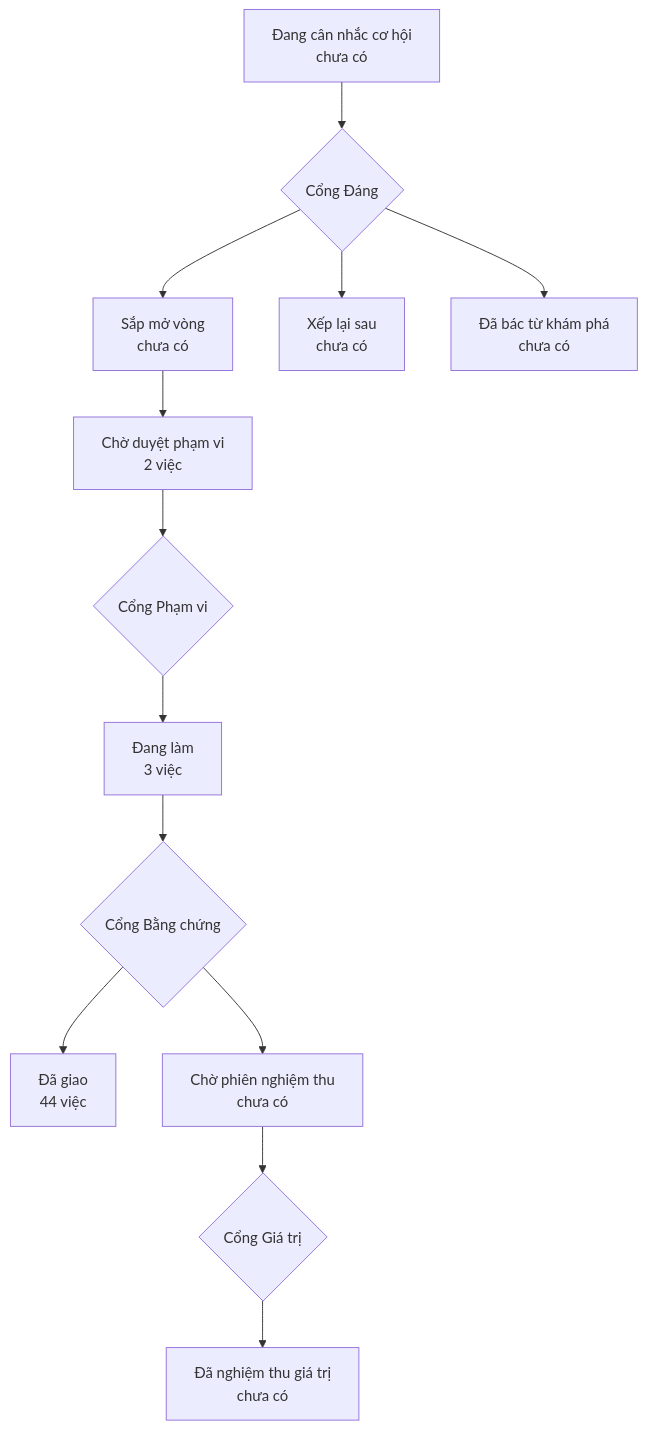
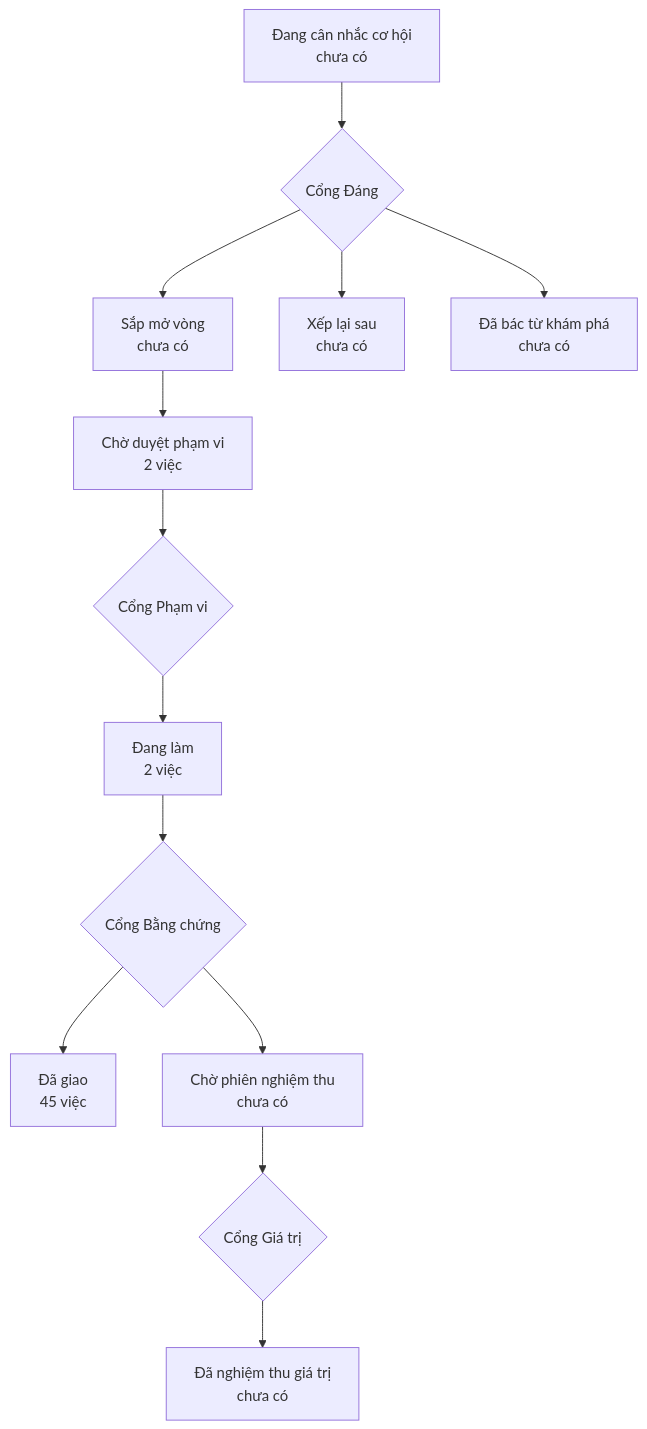
Before and after one commit to phanlemanh/acceptance-gate-kit: the diagram in PRODUCT-MAP.md, drawn with Mermaid. The commit also changed 3 other files, not shown here.

Commit message:
signoff(siet-rang-cau-ve-hinh): Cổng 2 — Manh Phan ký, Known limits 1–5, seal 9 quyết định treo; bản đồ làm mới

````diff
--- a/PRODUCT-MAP.md
+++ b/PRODUCT-MAP.md
@@ -6,12 +6,12 @@
 ```mermaid
 flowchart TD
   A["Đang cân nhắc cơ hội<br/>chưa có"] --> GD{"Cổng Đáng"}
   GD --> B["Sắp mở vòng<br/>chưa có"]
   GD --> XL["Xếp lại sau<br/>chưa có"]
   GD --> DB["Đã bác từ khám phá<br/>chưa có"]
   B --> CD["Chờ duyệt phạm vi<br/>2 việc"] --> GP{"Cổng Phạm vi"}
-  GP --> DL["Đang làm<br/>3 việc"] --> GB{"Cổng Bằng chứng"}
-  GB --> DG["Đã giao<br/>44 việc"]
+  GP --> DL["Đang làm<br/>2 việc"] --> GB{"Cổng Bằng chứng"}
+  GB --> DG["Đã giao<br/>45 việc"]
   GB --> CN["Chờ phiên nghiệm thu<br/>chưa có"] --> GG{"Cổng Giá trị"}
   GG --> NT["Đã nghiệm thu giá trị<br/>chưa có"]
 ```
````
